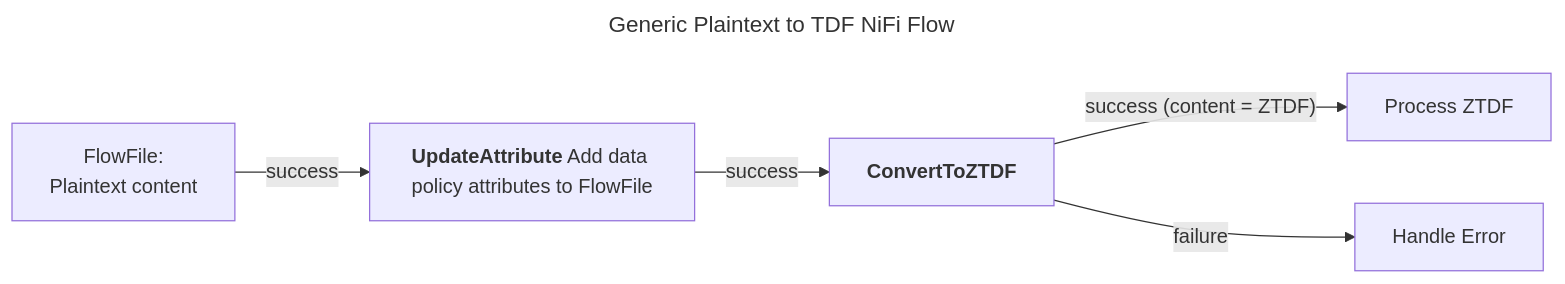
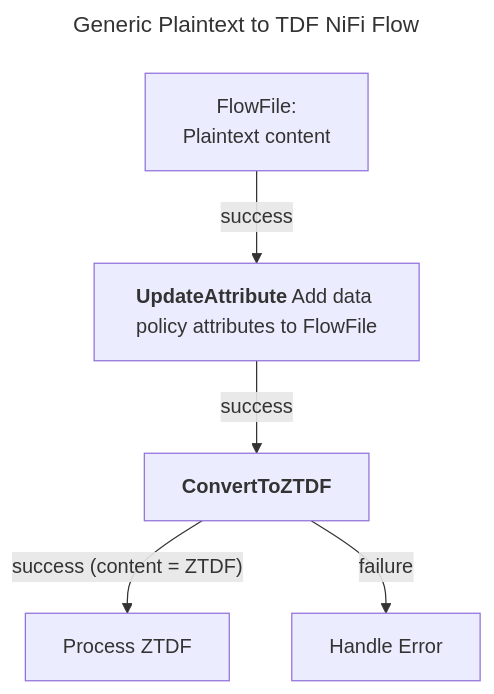
One commit to opentdf/nifi changed the first of 2 diagrams in README.md. Above: the diagram before and after it, drawn with Mermaid. The commit also changed other lines of this file, not shown here.

Commit message:
doc flow LR->TD

````diff
--- a/README.md
+++ b/README.md
@@ -14,15 +14,15 @@
 ```mermaid
 ---
 title: Generic Plaintext to TDF NiFi Flow
 ---
-flowchart LR
+flowchart TD
    a[FlowFile: \nPlaintext content]
    b["`**UpdateAttribute**`" Add data policy attributes to FlowFile]
    c["`**ConvertToZTDF**`"]
    d["Process ZTDF"]
    e["Handle Error"]
    a -- success --> b
    b -- success --> c
    c -- success (content = ZTDF) --> d
    c -- failure --> e
 ```
````
